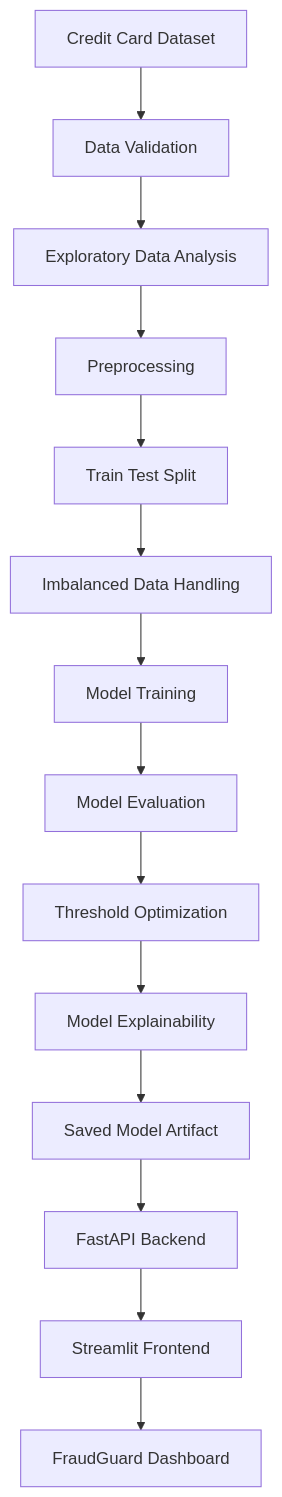
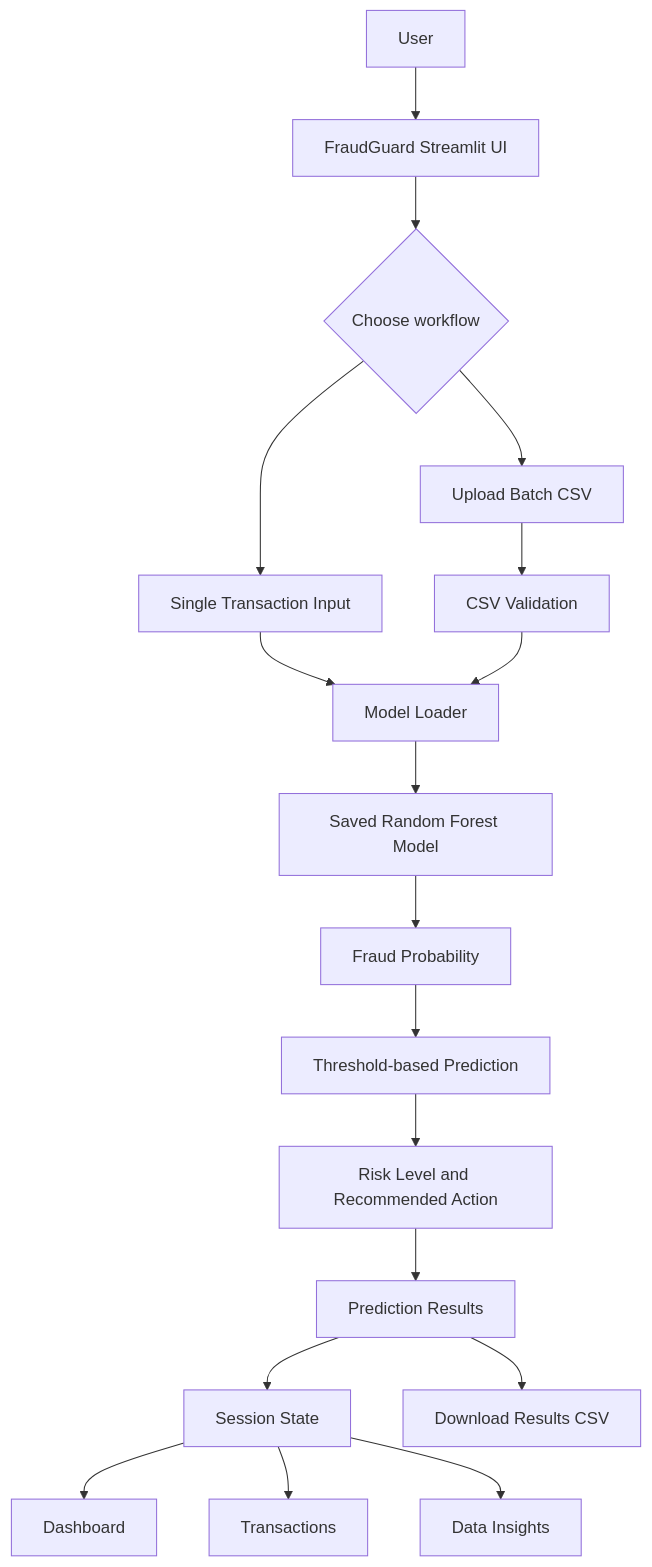
One commit to ajity202/Credit-card-fraud-detection changed the diagram in README.md. Above: the diagram before and after it, drawn with Mermaid. The commit also changed other lines of this file, not shown here.

````diff
--- a/README.md
+++ b/README.md
@@ -57,16 +66,20 @@
 ```mermaid
 flowchart TD
-    A[Credit Card Dataset] --> B[Data Validation]
-    B --> C[Exploratory Data Analysis]
-    C --> D[Preprocessing]
-    D --> E[Train Test Split]
-    E --> F[Imbalanced Data Handling]
-    F --> G[Model Training]
-    G --> H[Model Evaluation]
-    H --> I[Threshold Optimization]
-    I --> J[Model Explainability]
-    J --> K[Saved Model Artifact]
-    K --> L[FastAPI Backend]
-    L --> M[Streamlit Frontend]
-    M --> N[FraudGuard Dashboard]
+    A[User] --> B[FraudGuard Streamlit UI]
+    B --> C{Choose workflow}
+    C --> D[Single Transaction Input]
+    C --> E[Upload Batch CSV]
+    D --> F[Model Loader]
+    E --> G[CSV Validation]
+    G --> F
+    F --> H[Saved Random Forest Model]
+    H --> I[Fraud Probability]
+    I --> J[Threshold-based Prediction]
+    J --> K[Risk Level and Recommended Action]
+    K --> L[Prediction Results]
+    L --> M[Session State]
+    M --> N[Dashboard]
+    M --> O[Transactions]
+    M --> P[Data Insights]
+    L --> Q[Download Results CSV]
 ```
````
